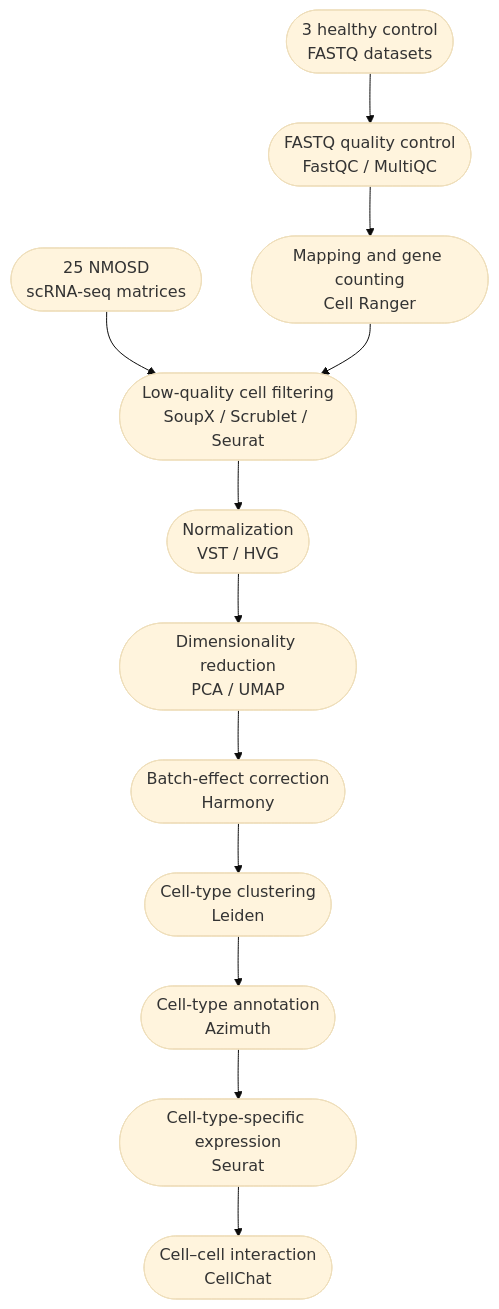
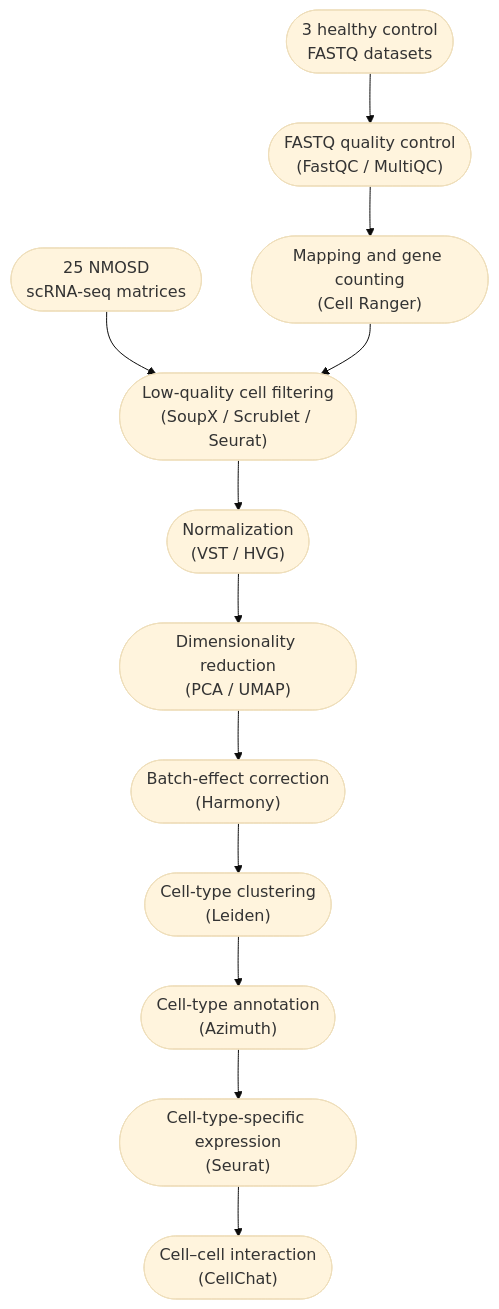
One commit to dock0528/NMOSD_scRNA_analysis changed the diagram in README.md. Above: the diagram before and after it, drawn with Mermaid (base theme).

Commit message:
Refine workflow labels
Use normal font weight and parentheses for package names in the workflow diagram.

````diff
--- a/README.md
+++ b/README.md
@@ -30,14 +30,16 @@
 ```mermaid
 flowchart TD
-    A(["25 NMOSD<br/>scRNA-seq matrices"]) --> D(["Low-quality cell filtering<br/>SoupX / Scrublet / Seurat"])
-    B(["3 healthy control<br/>FASTQ datasets"]) --> C(["FASTQ quality control<br/>FastQC / MultiQC"])
-    C --> C1(["Mapping and gene counting<br/>Cell Ranger"])
+    A(["25 NMOSD<br/>scRNA-seq matrices"]) --> D(["Low-quality cell filtering<br/>(SoupX / Scrublet / Seurat)"])
+    B(["3 healthy control<br/>FASTQ datasets"]) --> C(["FASTQ quality control<br/>(FastQC / MultiQC)"])
+    C --> C1(["Mapping and gene counting<br/>(Cell Ranger)"])
     C1 --> D
-    D --> E(["Normalization<br/>VST / HVG"])
-    E --> F(["Dimensionality reduction<br/>PCA / UMAP"])
-    F --> G(["Batch-effect correction<br/>Harmony"])
-    G --> H(["Cell-type clustering<br/>Leiden"])
-    H --> I(["Cell-type annotation<br/>Azimuth"])
-    I --> J(["Cell-type-specific expression<br/>Seurat"])
-    J --> K(["Cell–cell interaction<br/>CellChat"])
+    D --> E(["Normalization<br/>(VST / HVG)"])
+    E --> F(["Dimensionality reduction<br/>(PCA / UMAP)"])
+    F --> G(["Batch-effect correction<br/>(Harmony)"])
+    G --> H(["Cell-type clustering<br/>(Leiden)"])
+    H --> I(["Cell-type annotation<br/>(Azimuth)"])
+    I --> J(["Cell-type-specific expression<br/>(Seurat)"])
+    J --> K(["Cell–cell interaction<br/>(CellChat)"])
+    classDef normal font-weight:normal;
+    class A,B,C,C1,D,E,F,G,H,I,J,K normal;
 ```
````
